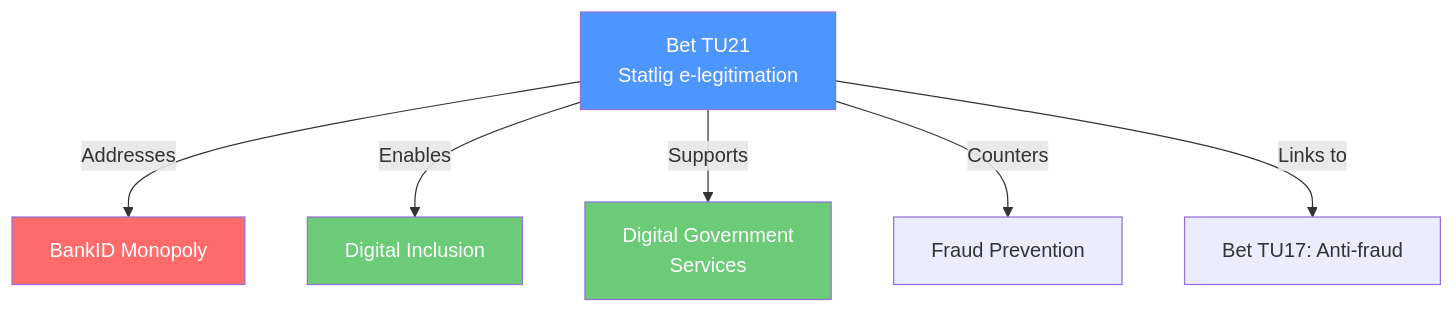
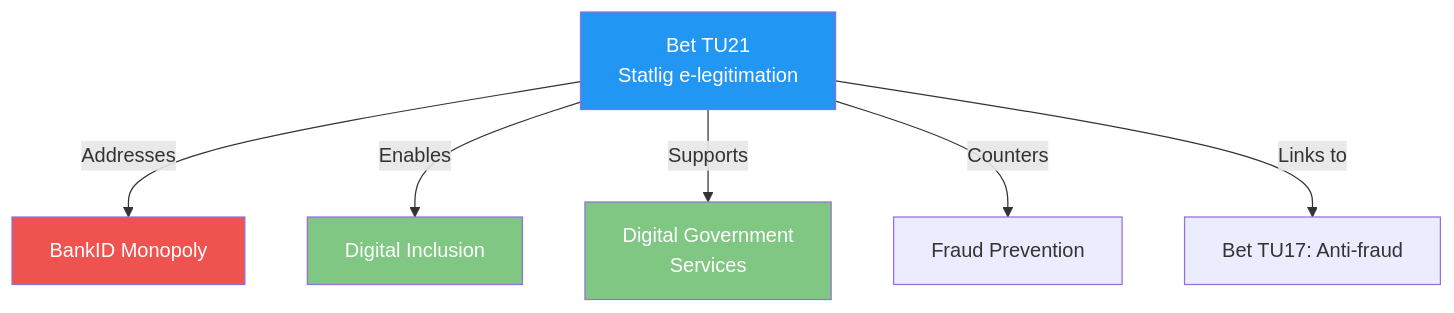
One commit to Hack23/riksdagsmonitor changed the diagram in analysis/daily/2026-04-14/realtime-1526/documents/hd01tu21-analysis.md. Above: the diagram before and after it, drawn with Mermaid. The commit also changed 785 other files, not shown here.

First line of the commit message:
Normalize mermaid colors across 786 analysis artifacts to ISMS Style Guide palette

````diff
--- a/analysis/daily/2026-04-14/realtime-1526/documents/hd01tu21-analysis.md
+++ b/analysis/daily/2026-04-14/realtime-1526/documents/hd01tu21-analysis.md
@@ -19,12 +19,12 @@
 ```mermaid
 graph TD
     A["Bet TU21<br/>Statlig e-legitimation"] -->|"Addresses"| B["BankID Monopoly"]
     A -->|"Enables"| C["Digital Inclusion"]
     A -->|"Supports"| D["Digital Government<br/>Services"]
     A -->|"Counters"| E["Fraud Prevention"]
     A -->|"Links to"| F["Bet TU17: Anti-fraud"]
-    style A fill:#4d96ff,color:#fff
-    style B fill:#ff6b6b,color:#fff
-    style C fill:#6bcb77,color:#fff
-    style D fill:#6bcb77,color:#fff
+    style A fill:#2196F3,color:#FFFFFF
+    style B fill:#EF5350,color:#FFFFFF
+    style C fill:#81C784,color:#FFFFFF
+    style D fill:#81C784,color:#FFFFFF
 ```
````
